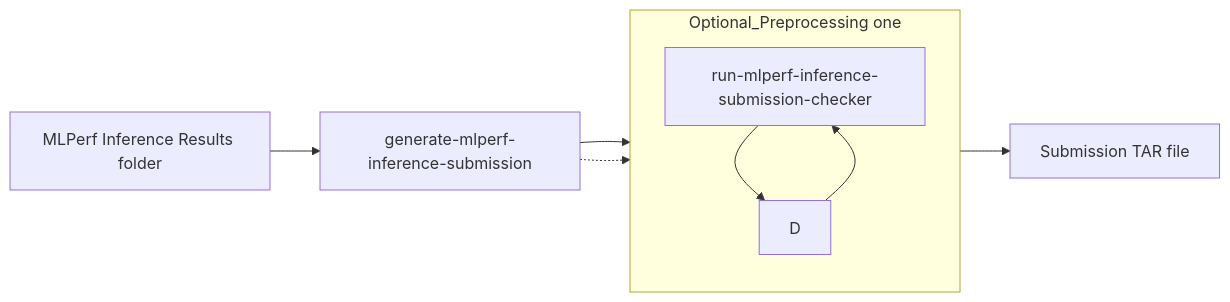
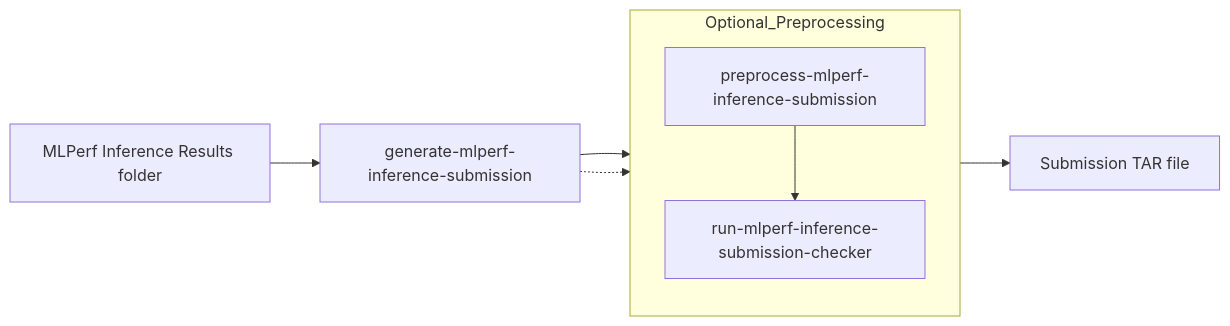
Before and after one commit to GATEOverflow/inference: the second of 2 diagrams in docs/submission/index.md, drawn with Mermaid.

````diff
--- a/docs/submission/index.md
+++ b/docs/submission/index.md
@@ -24,17 +24,16 @@
 ```mermaid
 flowchart LR
     %% Main flow (Left to Right)
     A[MLPerf Inference Results folder] --> B[generate-mlperf-inference-submission]
     B --> C[run-mlperf-inference-submission-checker]
     C --> E[Submission TAR file]
-    C --> D
+    B -.-> D
 
     %% Subgraph for preprocess (Top to Down)
-    subgraph Optional_Preprocessing one
+    subgraph Optional_Preprocessing
         direction TD
-        D --> C
+        D[preprocess-mlperf-inference-submission] --> C
     end
 
-    %% Dashed line to connect preprocess node
-    B -.-> D
+    
 ```
````
